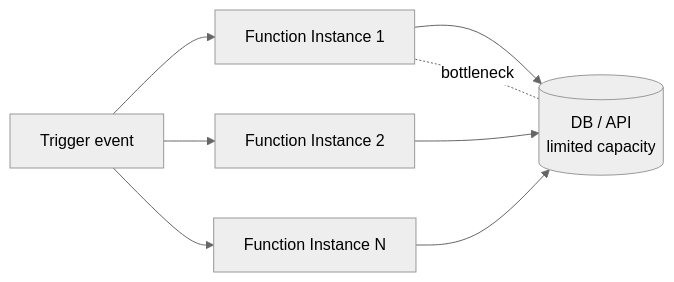
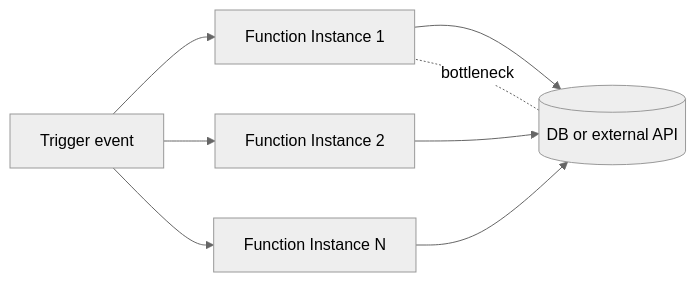
One commit to yeongseon-books/book-content changed the fourth of 4 diagrams in azure-functions-101/en/06-scaling-and-cold-start.md. Above: the diagram before and after it, drawn with Mermaid (neutral theme). The commit also changed other lines of this file and 42 other files, not shown here.

First line of the commit message:
fix: 오라클 리뷰 반영 — Functions 101/Deep Dive 사실관계·톤·다이어그램 정리, App Service 101 ko/en 재구조화

````diff
--- a/azure-functions-101/en/06-scaling-and-cold-start.md
+++ b/azure-functions-101/en/06-scaling-and-cold-start.md
@@ -170,10 +176,10 @@
 ```mermaid
 flowchart LR
-    LB[Trigger event] --> F1[Function Instance 1]
-    LB --> F2[Function Instance 2]
-    LB --> Fn[Function Instance N]
-    F1 --> DB[(DB / API<br/>limited capacity)]
+    Evt[Trigger event] --> F1[Function Instance 1]
+    Evt --> F2[Function Instance 2]
+    Evt --> FN[Function Instance N]
+    F1 --> DB[(DB or external API)]
     F2 --> DB
-    Fn --> DB
-    DB -.bottleneck.- F1
+    FN --> DB
+    DB -. bottleneck .- F1
 ```
````
